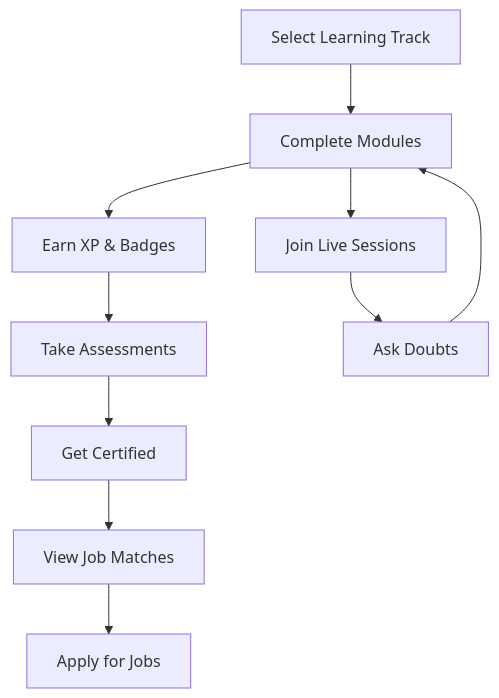
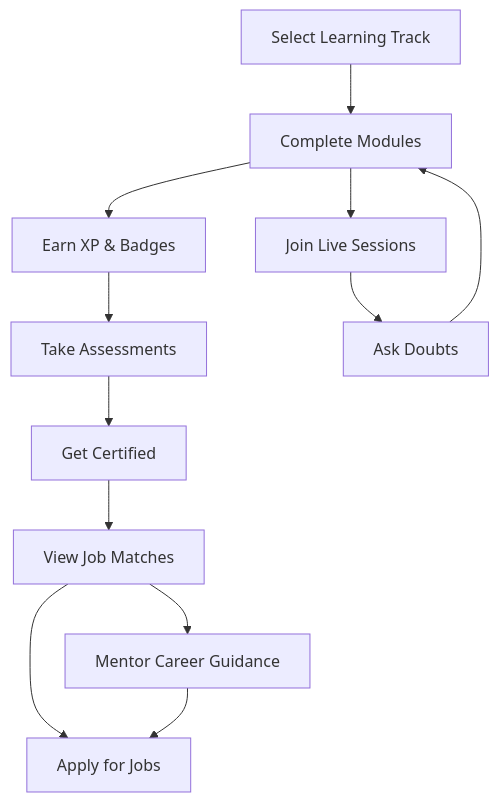
The diagram in README1.md (VickyKumarOfficial/Arcade-Learn), drawn with Mermaid before and after one commit. The commit also changed other lines of this file, not shown here.

````diff
--- a/README1.md
+++ b/README1.md
@@ -147,13 +158,15 @@
 ```mermaid
 graph TD
     A[Select Learning Track] --> B[Complete Modules]
     B --> C[Earn XP & Badges]
     C --> D[Take Assessments]
     D --> E[Get Certified]
     E --> F[View Job Matches]
     F --> G[Apply for Jobs]
+    F --> J[Mentor Career Guidance]
+    J --> G
     
     B --> H[Join Live Sessions]
     H --> I[Ask Doubts]
     I --> B
 ```
````
